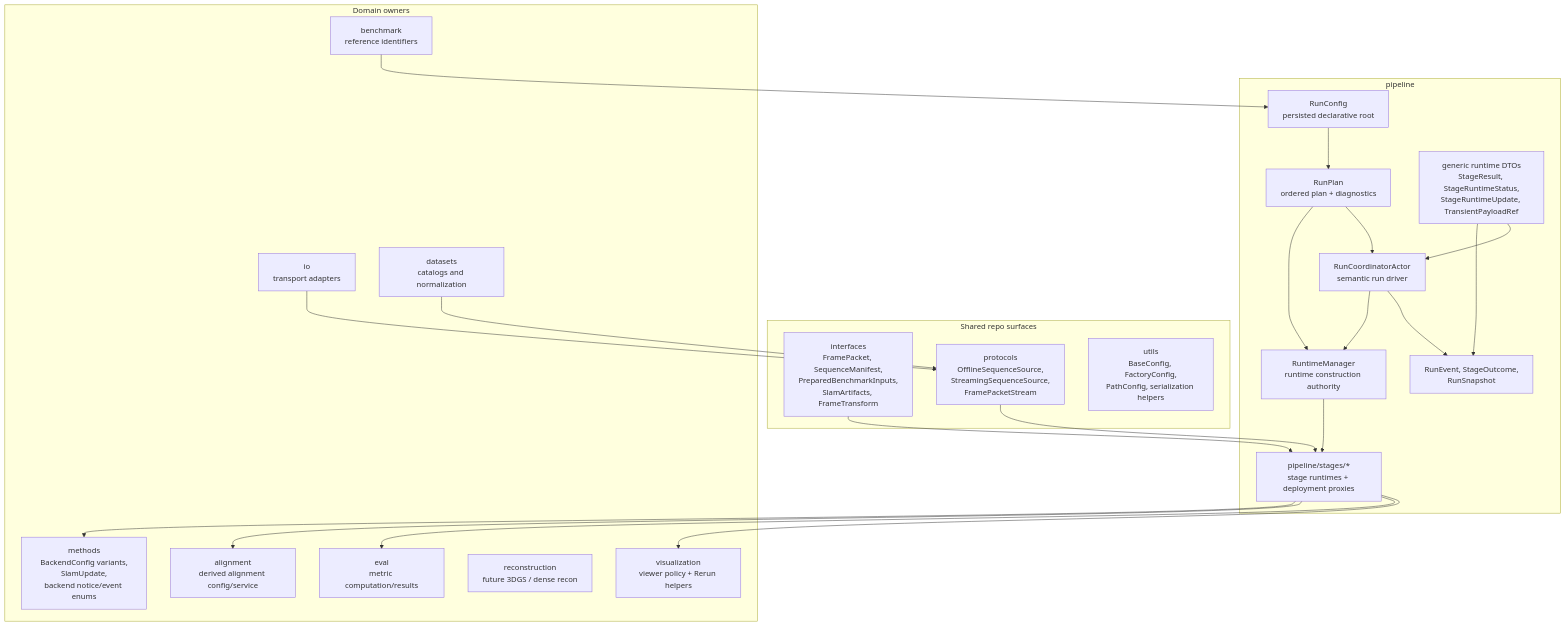
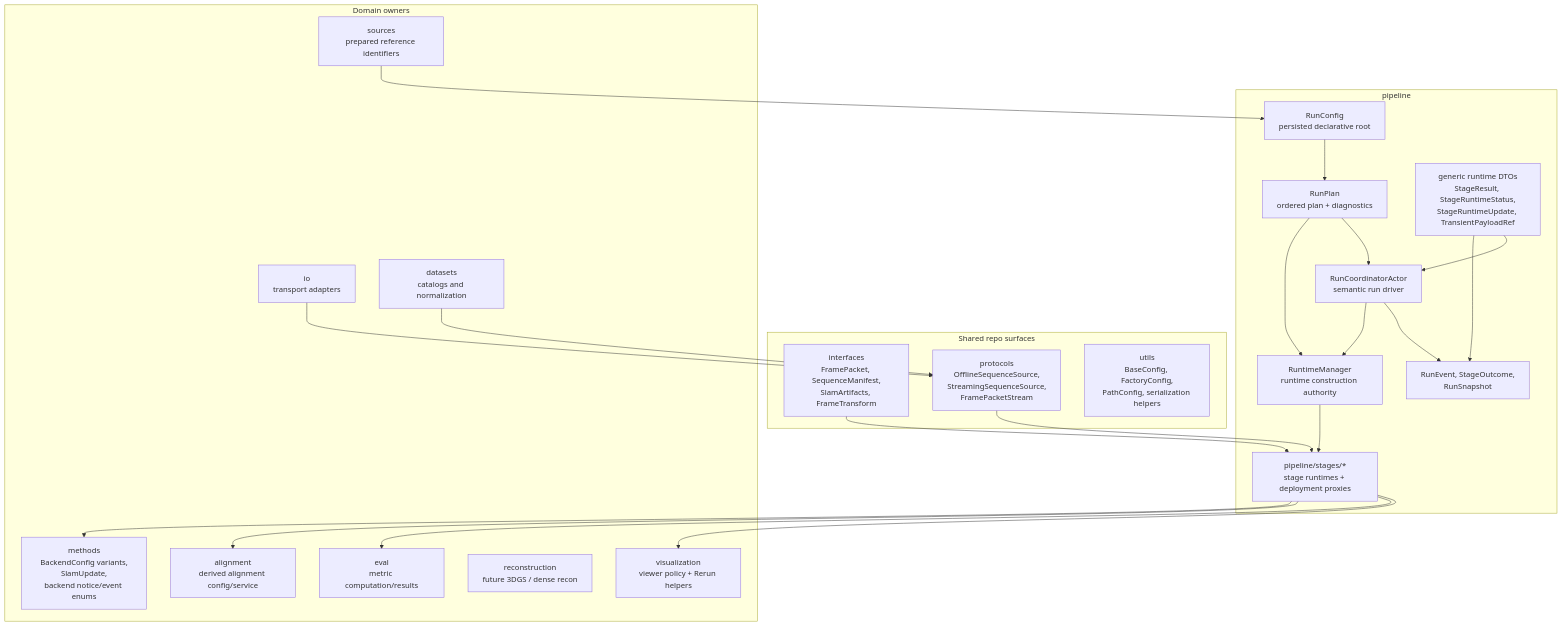
Before and after one commit to JanDuchscherer104/prml-vslam: the first of 18 diagrams in docs/architecture/pipeline-stage-refactor-target.md, drawn with Mermaid. The commit also changed other lines of this file and 26 other files, not shown here.

Commit message:
docs: update stage ownership architecture

````diff
--- a/docs/architecture/pipeline-stage-refactor-target.md
+++ b/docs/architecture/pipeline-stage-refactor-target.md
@@ -50,47 +50,47 @@
 ```mermaid
 flowchart TB
     subgraph Shared["Shared repo surfaces"]
-        Interfaces["interfaces<br/>FramePacket, SequenceManifest,<br/>PreparedBenchmarkInputs,<br/>SlamArtifacts, FrameTransform"]
+        Interfaces["interfaces<br/>FramePacket, SequenceManifest,<br/>SlamArtifacts, FrameTransform"]
         Protocols["protocols<br/>OfflineSequenceSource,<br/>StreamingSequenceSource,<br/>FramePacketStream"]
         Utils["utils<br/>BaseConfig, FactoryConfig,<br/>PathConfig, serialization helpers"]
     end
 
     subgraph Pipeline["pipeline"]
         RunConfig["RunConfig<br/>persisted declarative root"]
         RunPlan["RunPlan<br/>ordered plan + diagnostics"]
         RuntimeManager["RuntimeManager<br/>runtime construction authority"]
         Coordinator["RunCoordinatorActor<br/>semantic run driver"]
         GenericContracts["generic runtime DTOs<br/>StageResult, StageRuntimeStatus,<br/>StageRuntimeUpdate, TransientPayloadRef"]
         Events["RunEvent, StageOutcome,<br/>RunSnapshot"]
         Stages["pipeline/stages/*<br/>stage runtimes + deployment proxies"]
     end
 
     subgraph Domain["Domain owners"]
         Methods["methods<br/>BackendConfig variants,<br/>SlamUpdate,<br/>backend notice/event enums"]
-        Benchmark["benchmark<br/>reference identifiers"]
+        Benchmark["sources<br/>prepared reference identifiers"]
         Eval["eval<br/>metric computation/results"]
         Alignment["alignment<br/>derived alignment config/service"]
         Reconstruction["reconstruction<br/>future 3DGS / dense recon"]
         Visualization["visualization<br/>viewer policy + Rerun helpers"]
         IO["io<br/>transport adapters"]
         Datasets["datasets<br/>catalogs and normalization"]
     end
 
     RunConfig --> RunPlan
     RunPlan --> RuntimeManager
     RunPlan --> Coordinator
     Coordinator --> RuntimeManager
     RuntimeManager --> Stages
     Coordinator --> Events
     GenericContracts --> Events
     GenericContracts --> Coordinator
     Stages --> Methods
     Stages --> Alignment
     Stages --> Eval
     Stages --> Visualization
     Interfaces --> Stages
     Protocols --> Stages
     IO --> Protocols
     Datasets --> Protocols
     Benchmark --> RunConfig
 ```
````
